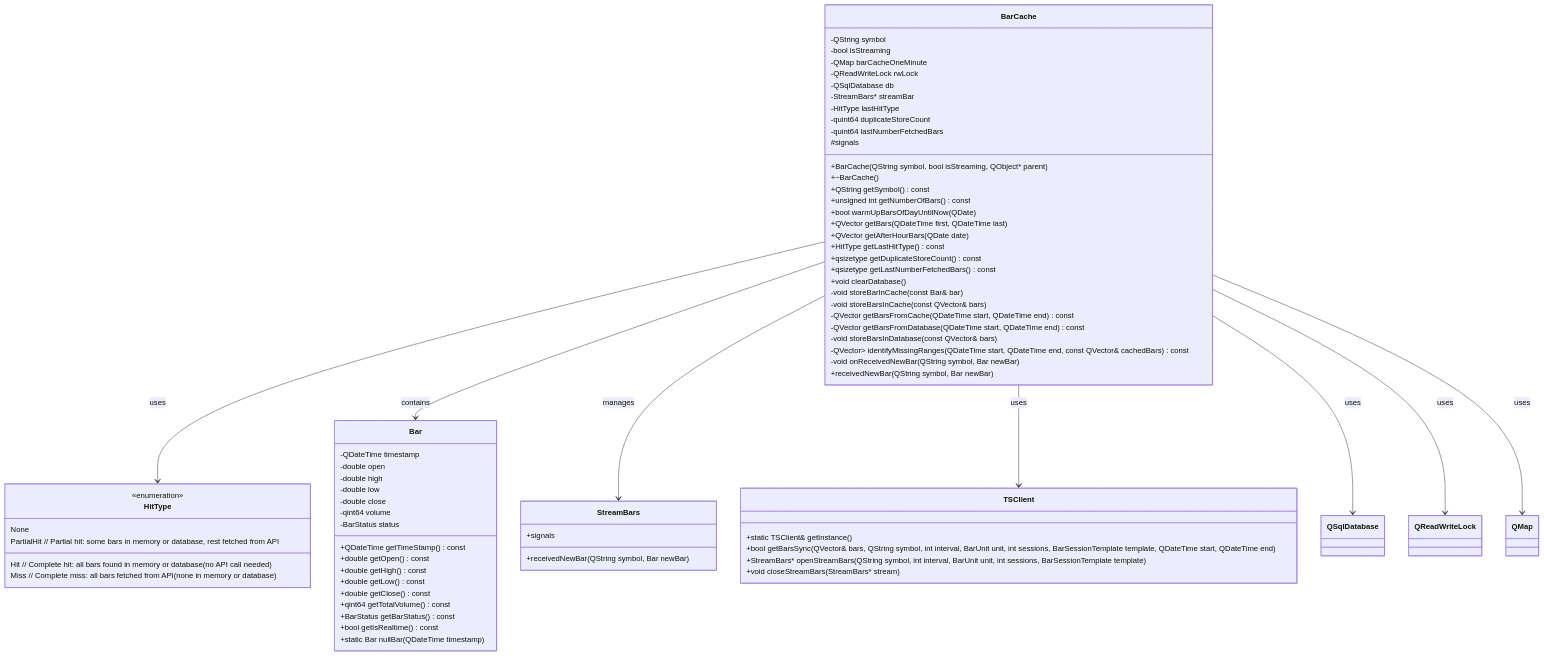
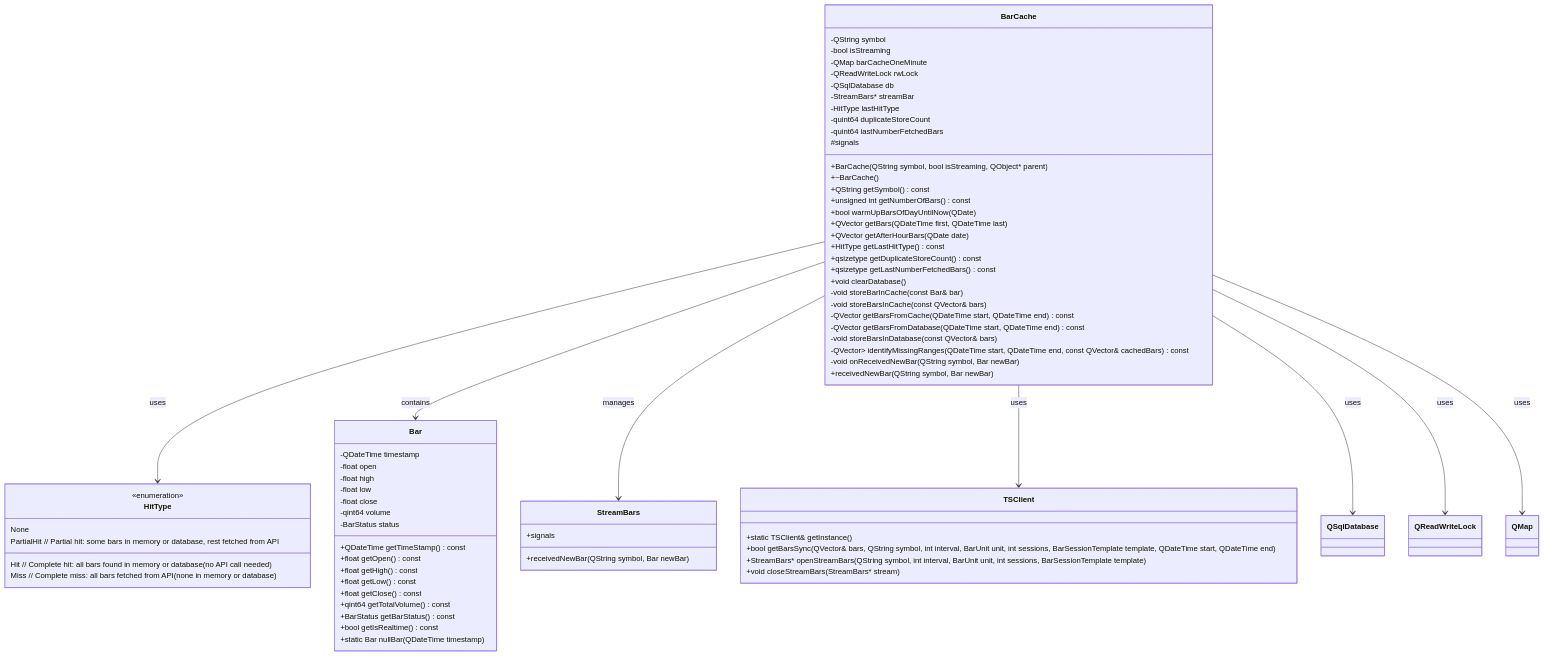
The first of 6 diagrams in Src/Core/Cache/BarCache/BarCache.md (simonbeaudoin0935/OpenTraderPlatform), drawn with Mermaid before and after one commit.

Commit message:
Update documentation to reflect Bar class changes

```diff
--- a/Src/Core/Cache/BarCache/BarCache.md
+++ b/Src/Core/Cache/BarCache/BarCache.md
@@ -49,18 +49,18 @@
 
     class Bar {
         -QDateTime timestamp
-        -double open
-        -double high
-        -double low
-        -double close
+        -float open
+        -float high
+        -float low
+        -float close
         -qint64 volume
         -BarStatus status
 
         +QDateTime getTimeStamp() const
-        +double getOpen() const
-        +double getHigh() const
-        +double getLow() const
-        +double getClose() const
+        +float getOpen() const
+        +float getHigh() const
+        +float getLow() const
+        +float getClose() const
         +qint64 getTotalVolume() const
         +BarStatus getBarStatus() const
         +bool getIsRealtime() const
```
